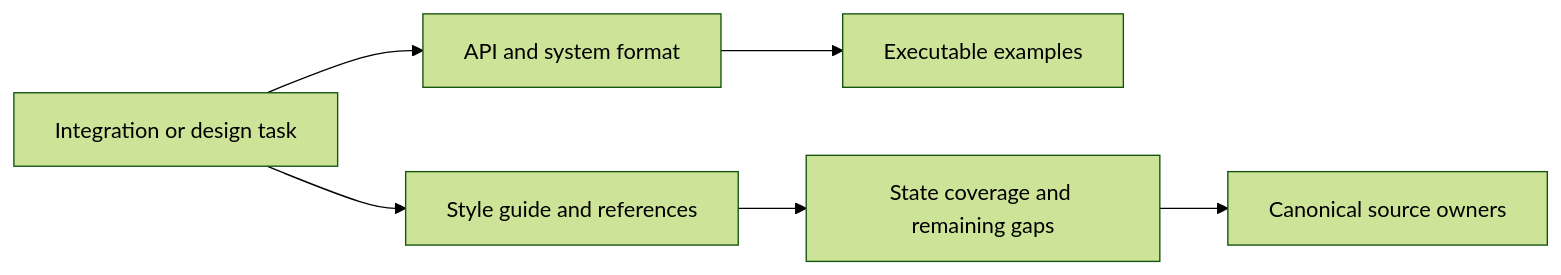
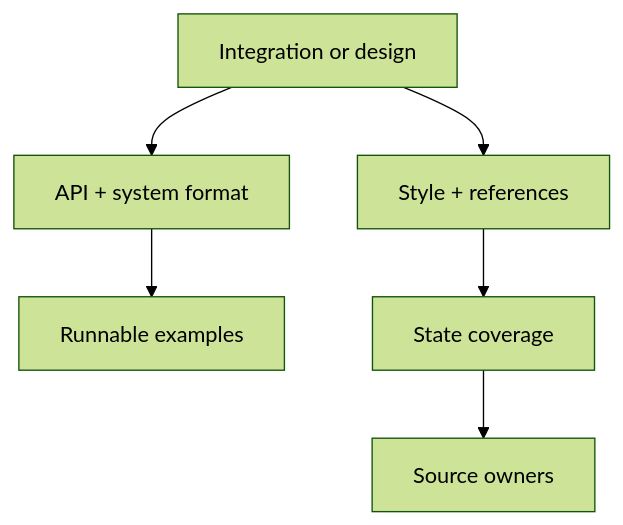
The diagram in software/cadagent/webkit/scada/ui/docs/README.md (Valpatel/cad-agent), drawn with Mermaid (forest theme) before and after one commit. The commit also changed 27 other files, not shown here.

````diff
--- a/software/cadagent/webkit/scada/ui/docs/README.md
+++ b/software/cadagent/webkit/scada/ui/docs/README.md
@@ -19,8 +19,8 @@
 ```mermaid
-flowchart LR
-  intent[Integration or design task] --> api[API and system format]
-  api --> examples[Executable examples]
-  intent --> designGuide[Style guide and references]
-  designGuide --> coverage[State coverage and remaining gaps]
-  coverage --> implementation[Canonical source owners]
+flowchart TD
+  Task["Integration or design"] --> API["API + system format"]
+  Task --> Design["Style + references"]
+  API --> Examples["Runnable examples"]
+  Design --> Coverage["State coverage"]
+  Coverage --> Source["Source owners"]
 ```
````
